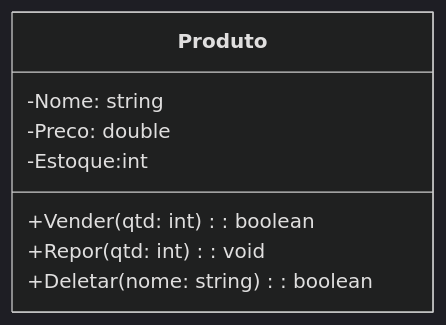
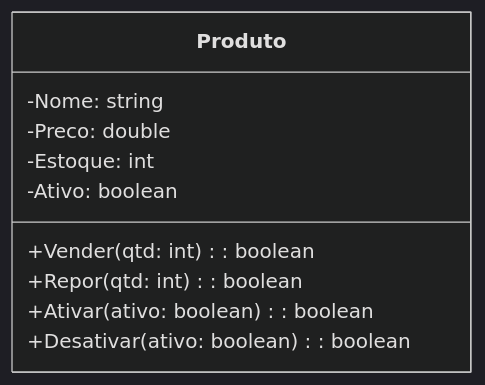
One commit to NataliaNogueira1/ADS_BackEnd changed the fourth of 5 diagrams in lista_01_poo_uml/lista1_oop_uml.md. Above: the diagram before and after it, drawn with Mermaid (dark theme). The commit also changed other lines of this file, not shown here.

````diff
--- a/lista_01_poo_uml/lista1_oop_uml.md
+++ b/lista_01_poo_uml/lista1_oop_uml.md
@@ -75,11 +75,13 @@
     ```mermaid
         classDiagram
         class Produto {
             -Nome: string
             -Preco: double
-            -Estoque:int
+            -Estoque: int
+            -Ativo: boolean
             +Vender(qtd: int): boolean
-            +Repor(qtd: int): void
-            +Deletar(nome: string): boolean
+            +Repor(qtd: int): boolean
+            +Ativar(ativo: boolean): boolean
+            +Desativar(ativo: boolean): boolean
         }
     ```
````
